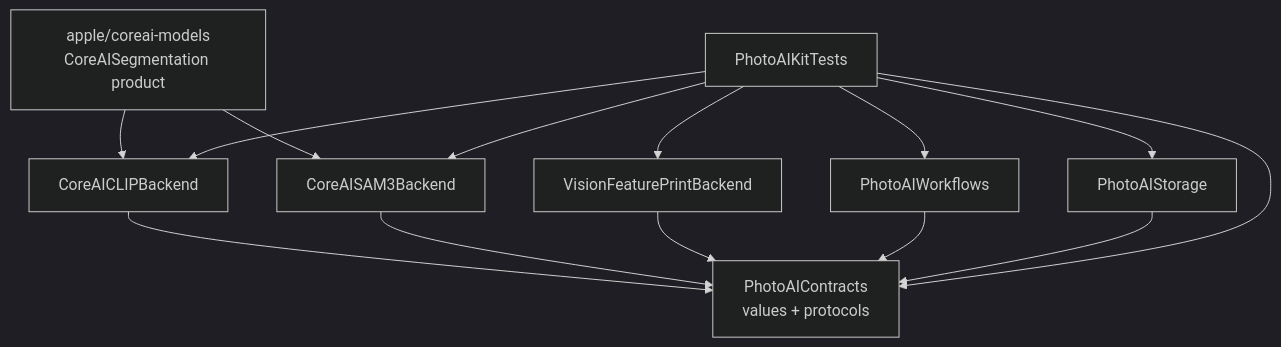
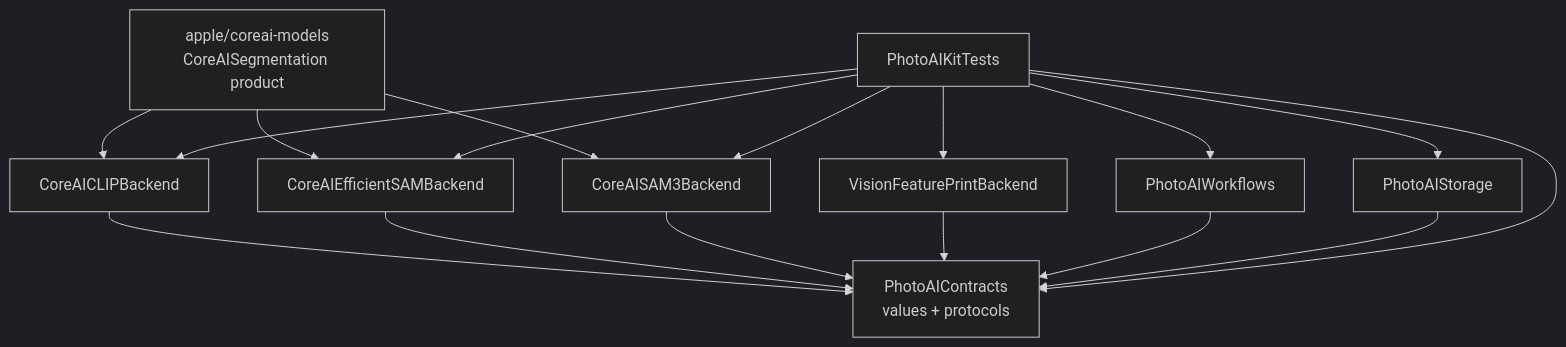
Before and after one commit to rsyncOSX/TechDocRawcull: the first of 2 diagrams in content/en/docs/packages/photoaikit.md, drawn with Mermaid (dark theme). The commit also changed other lines of this file and 7 other files, not shown here.

````diff
--- a/content/en/docs/packages/photoaikit.md
+++ b/content/en/docs/packages/photoaikit.md
@@ -56,17 +60,20 @@
 ```mermaid
 flowchart TD
     Contracts["PhotoAIContracts\nvalues + protocols"]
     CLIP["CoreAICLIPBackend"] --> Contracts
+    Efficient["CoreAIEfficientSAMBackend"] --> Contracts
     SAM3["CoreAISAM3Backend"] --> Contracts
     Vision["VisionFeaturePrintBackend"] --> Contracts
     Workflows["PhotoAIWorkflows"] --> Contracts
     Storage["PhotoAIStorage"] --> Contracts
     CoreAI["apple/coreai-models\nCoreAISegmentation product"] --> CLIP
+    CoreAI --> Efficient
     CoreAI --> SAM3
     Tests["PhotoAIKitTests"] --> Contracts
     Tests --> CLIP
+    Tests --> Efficient
     Tests --> SAM3
     Tests --> Vision
     Tests --> Workflows
     Tests --> Storage
 ```
````
